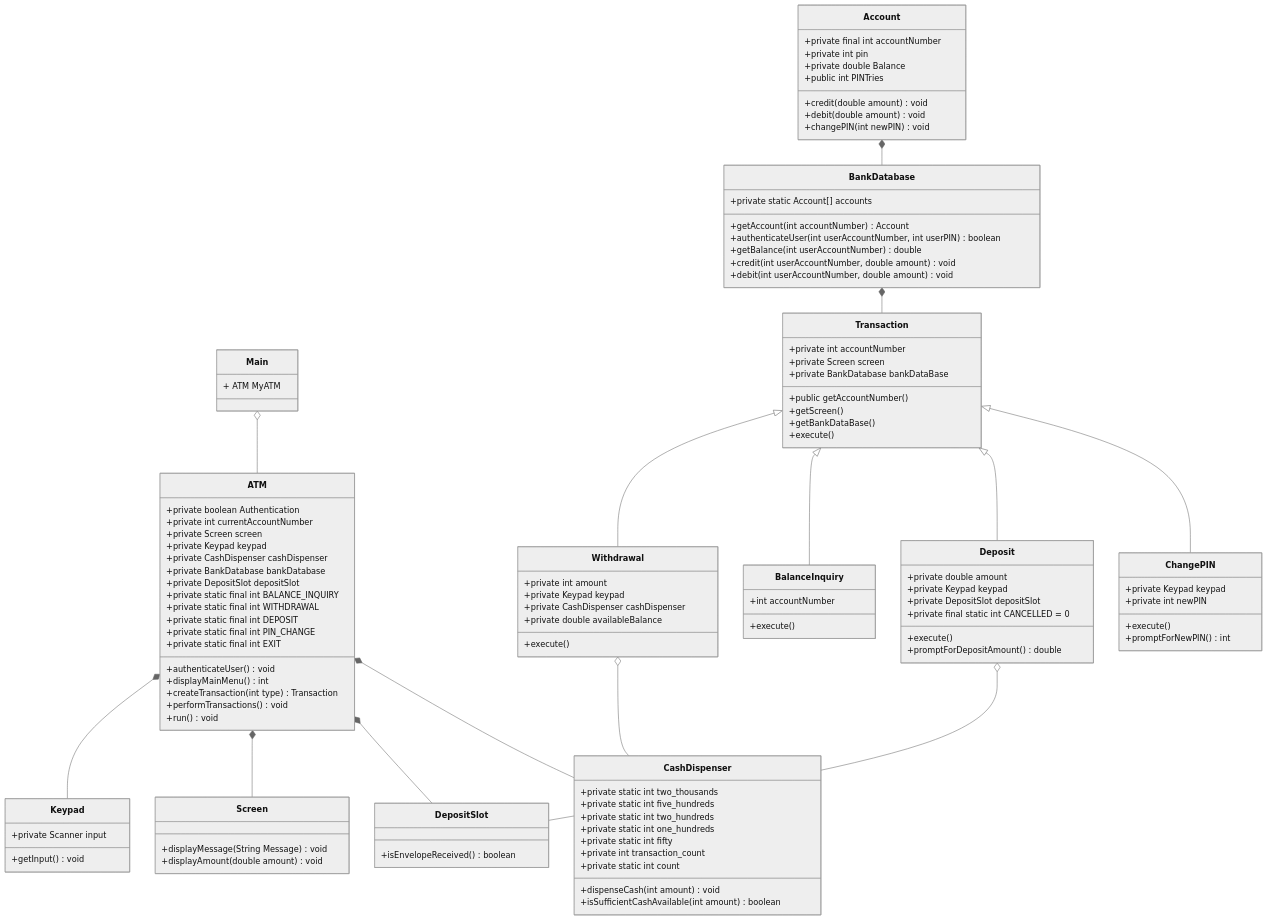
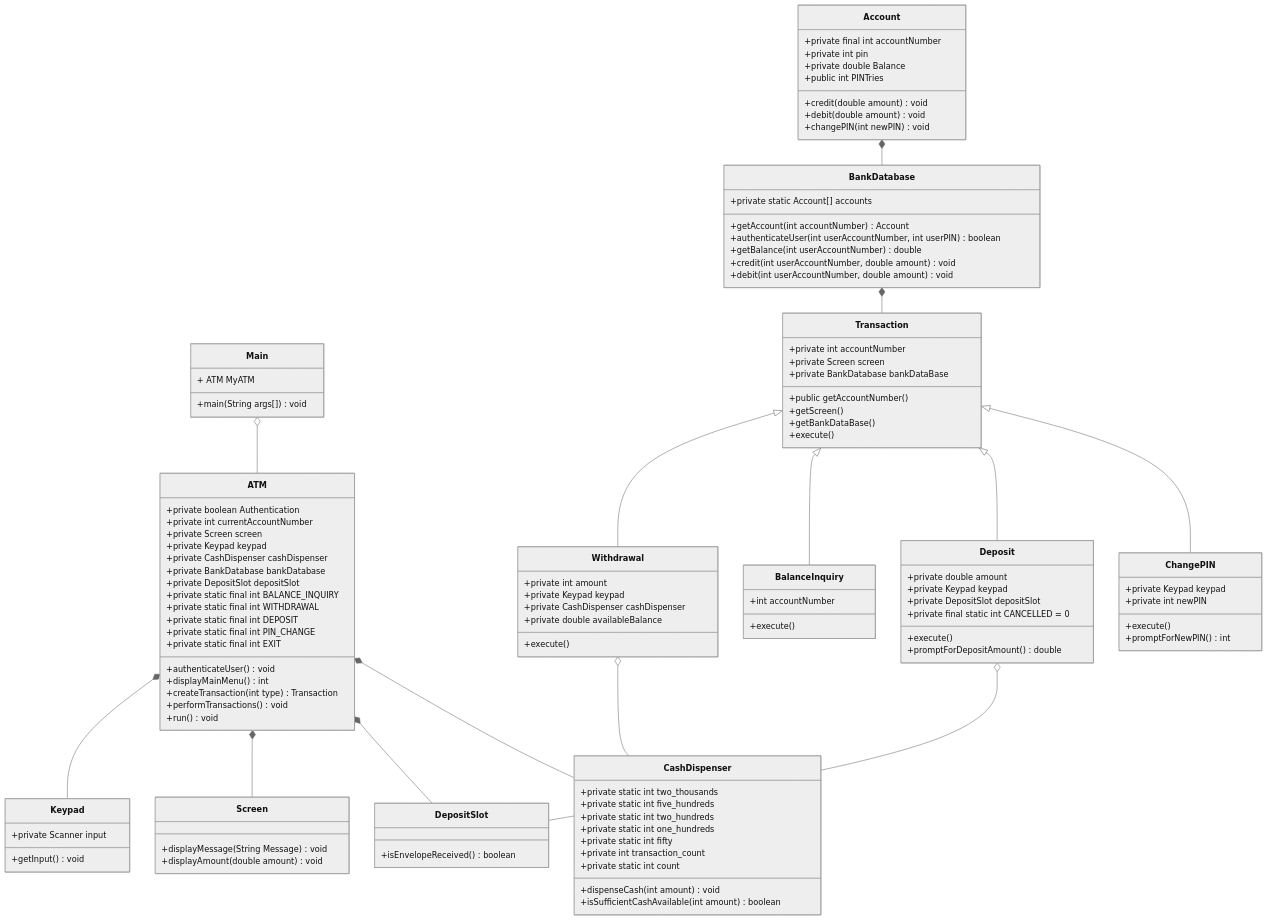
Before and after one commit to octochet/ATM: the diagram in README.md, drawn with Mermaid (neutral theme). The commit also changed other lines of this file, not shown here.

```diff
--- a/README.md
+++ b/README.md
@@ -180,6 +180,7 @@
       Transaction: +getBankDataBase()
       Transaction: +execute()
       Main: + ATM MyATM
+      Main: +main(String args[]) void
       class Withdrawal{
           +private int amount
           +private Keypad keypad
```
